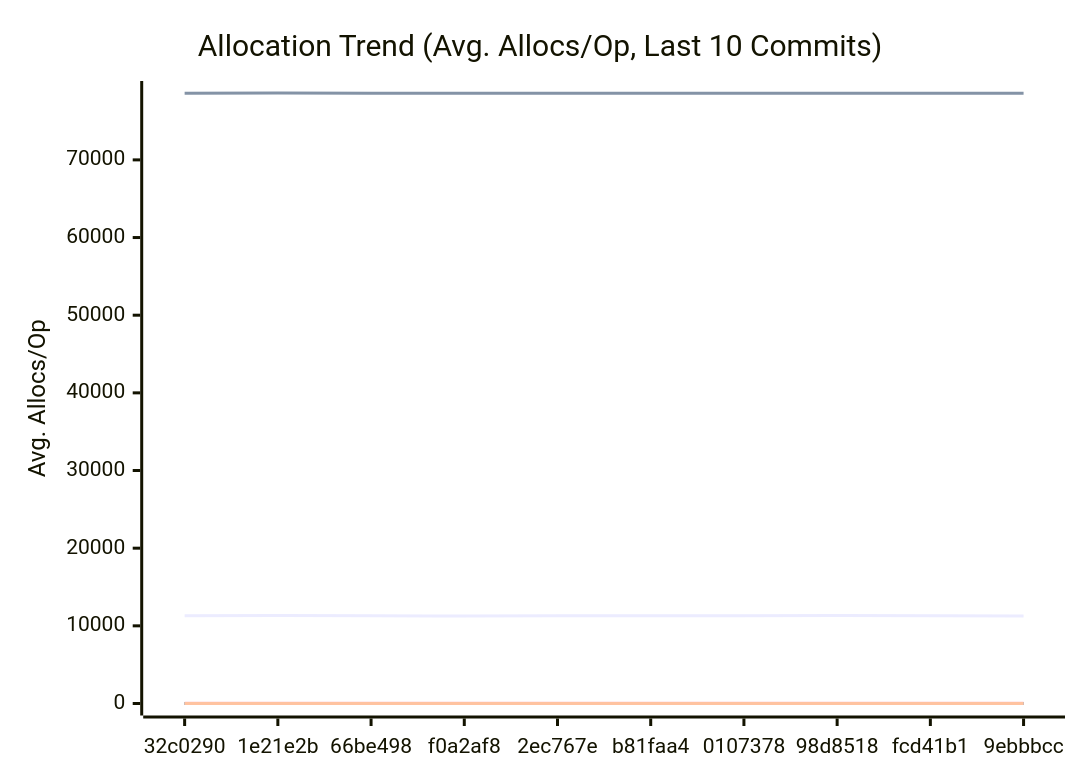
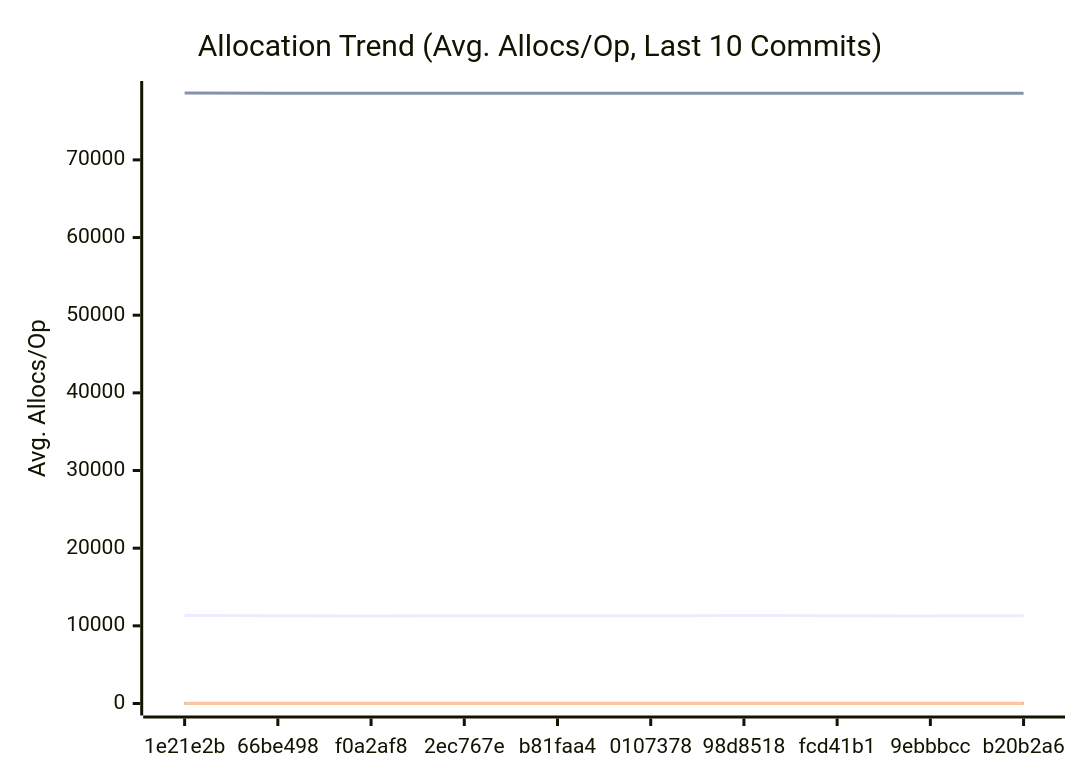
One commit to alsotoes/momo changed the third of 3 diagrams in docs/PERFORMANCE.md. Above: the diagram before and after it, drawn with Mermaid. The commit also changed other lines of this file and 5 other files, not shown here.

````diff
--- a/docs/PERFORMANCE.md
+++ b/docs/PERFORMANCE.md
@@ -197,20 +197,20 @@
 ```mermaid
 xychart-beta
     title "Allocation Trend (Avg. Allocs/Op, Last 10 Commits)"
     x-axis "Commit"
     y-axis "Avg. Allocs/Op"
-    x-axis [32c0290,1e21e2b,66be498,f0a2af8,2ec767e,b81faa4,0107378,98d8518,fcd41b1,9ebbbcc]
-    line "AWSChunkedReaderSigned" [11290,11320,11284,11279,11295,11290,11295,11316,11296,11282]
-    line "AWSChunkedReaderUnsigned" [78594,78612,78570,78565,78569,78578,78577,78586,78573,78566]
+    x-axis [1e21e2b,66be498,f0a2af8,2ec767e,b81faa4,0107378,98d8518,fcd41b1,9ebbbcc,b20b2a6]
+    line "AWSChunkedReaderSigned" [11320,11284,11279,11295,11290,11295,11316,11296,11282,11294]
+    line "AWSChunkedReaderUnsigned" [78612,78570,78565,78569,78578,78577,78586,78573,78566,78577]
     line "CheckMetricsAndSwap" [0,0,0,0,0,0,0,0,0,0]
     line "CrushOptimized" [0,0,0,0,0,0,0,0,0,0]
     line "CrushOriginal" [3,3,3,3,3,3,3,3,3,3]
     line "IndexDirectTracking" [0,0,0,0,0,0,0,0,0,0]
     line "IndexSearch" [0,0,0,0,0,0,0,0,0,0]
     line "LoadGlobalConfig" [46,46,46,46,46,46,46,46,46,46]
     line "PadString" [1,1,1,1,1,1,1,1,1,1]
     line "ParseReplicationOrder_NoPrealloc" [6,6,6,6,6,5,5,5,5,5]
     line "ParseReplicationOrder_Prealloc" [2,2,2,2,2,1,1,1,1,1]
     line "SanitizeLog/Safe" [0,0,0,0,0,0,0,0,0,0]
     line "SanitizeLog/Unsafe" [1,1,1,1,1,1,1,1,1,1]
 ```
````
